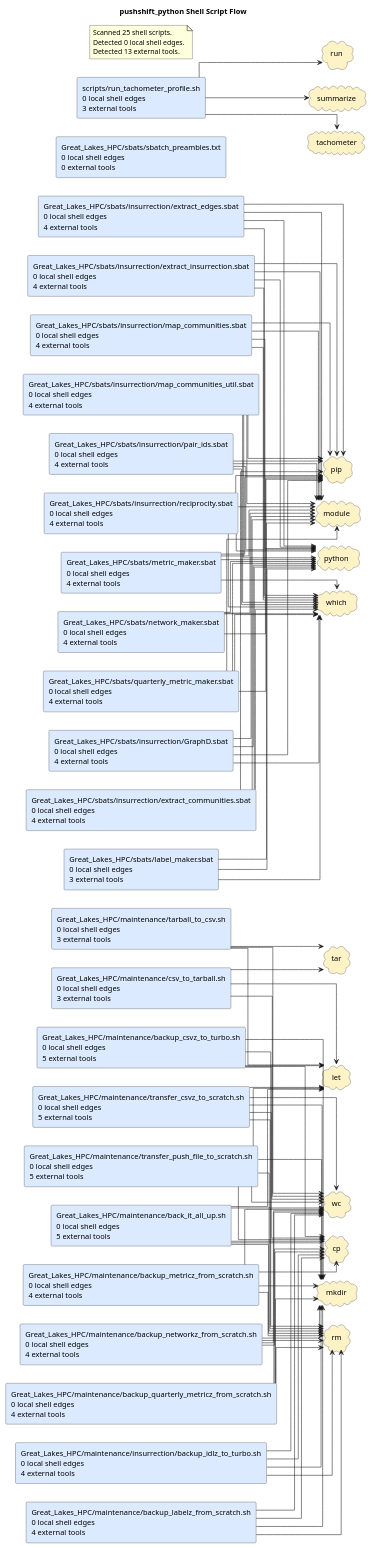
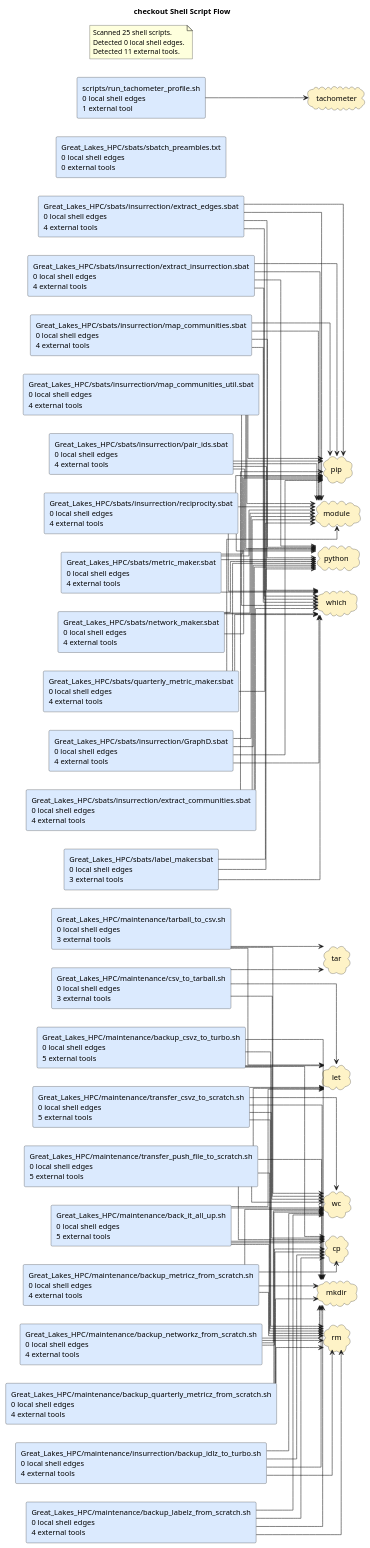
The diagram in docs/diagrams/shell-call-graph.puml (casonk/pushshift_python), drawn with PlantUML before and after one commit. The commit also changed 9 other files, not shown here.

Commit message:
docs: refresh generated architecture diagrams

```diff
--- a/docs/diagrams/shell-call-graph.puml
+++ b/docs/diagrams/shell-call-graph.puml
@@ -1,147 +1,143 @@
 @startuml
-title pushshift_python Shell Script Flow
+title checkout Shell Script Flow
 left to right direction
 skinparam shadowing false
 skinparam defaultFontName Monospace
 skinparam componentStyle rectangle
 skinparam linetype ortho
 rectangle "Great_Lakes_HPC/maintenance/back_it_all_up.sh\n0 local shell edges\n5 external tools" as shell_great_lakes_hpc_maintenance_back_it_all_up_sh #DBEAFE
 rectangle "Great_Lakes_HPC/maintenance/backup_csvz_to_turbo.sh\n0 local shell edges\n5 external tools" as shell_great_lakes_hpc_maintenance_backup_csvz_to_turbo_sh #DBEAFE
 rectangle "Great_Lakes_HPC/maintenance/backup_labelz_from_scratch.sh\n0 local shell edges\n4 external tools" as shell_great_lakes_hpc_maintenance_backup_labelz_from_scratch_sh #DBEAFE
 rectangle "Great_Lakes_HPC/maintenance/backup_metricz_from_scratch.sh\n0 local shell edges\n4 external tools" as shell_great_lakes_hpc_maintenance_backup_metricz_from_scratch_sh #DBEAFE
 rectangle "Great_Lakes_HPC/maintenance/backup_networkz_from_scratch.sh\n0 local shell edges\n4 external tools" as shell_great_lakes_hpc_maintenance_backup_networkz_from_scratch_sh #DBEAFE
 rectangle "Great_Lakes_HPC/maintenance/backup_quarterly_metricz_from_scratch.sh\n0 local shell edges\n4 external tools" as shell_great_lakes_hpc_maintenance_backup_quarterly_metricz_from_scratch_sh #DBEAFE
 rectangle "Great_Lakes_HPC/maintenance/csv_to_tarball.sh\n0 local shell edges\n3 external tools" as shell_great_lakes_hpc_maintenance_csv_to_tarball_sh #DBEAFE
 rectangle "Great_Lakes_HPC/maintenance/insurrection/backup_idlz_to_turbo.sh\n0 local shell edges\n4 external tools" as shell_great_lakes_hpc_maintenance_insurrection_backup_idlz_to_turbo_sh #DBEAFE
 rectangle "Great_Lakes_HPC/maintenance/tarball_to_csv.sh\n0 local shell edges\n3 external tools" as shell_great_lakes_hpc_maintenance_tarball_to_csv_sh #DBEAFE
 rectangle "Great_Lakes_HPC/maintenance/transfer_csvz_to_scratch.sh\n0 local shell edges\n5 external tools" as shell_great_lakes_hpc_maintenance_transfer_csvz_to_scratch_sh #DBEAFE
 rectangle "Great_Lakes_HPC/maintenance/transfer_push_file_to_scratch.sh\n0 local shell edges\n5 external tools" as shell_great_lakes_hpc_maintenance_transfer_push_file_to_scratch_sh #DBEAFE
 rectangle "Great_Lakes_HPC/sbats/insurrection/GraphD.sbat\n0 local shell edges\n4 external tools" as shell_great_lakes_hpc_sbats_insurrection_graphd_sbat #DBEAFE
 rectangle "Great_Lakes_HPC/sbats/insurrection/extract_communities.sbat\n0 local shell edges\n4 external tools" as shell_great_lakes_hpc_sbats_insurrection_extract_communities_sbat #DBEAFE
 rectangle "Great_Lakes_HPC/sbats/insurrection/extract_edges.sbat\n0 local shell edges\n4 external tools" as shell_great_lakes_hpc_sbats_insurrection_extract_edges_sbat #DBEAFE
 rectangle "Great_Lakes_HPC/sbats/insurrection/extract_insurrection.sbat\n0 local shell edges\n4 external tools" as shell_great_lakes_hpc_sbats_insurrection_extract_insurrection_sbat #DBEAFE
 rectangle "Great_Lakes_HPC/sbats/insurrection/map_communities.sbat\n0 local shell edges\n4 external tools" as shell_great_lakes_hpc_sbats_insurrection_map_communities_sbat #DBEAFE
 rectangle "Great_Lakes_HPC/sbats/insurrection/map_communities_util.sbat\n0 local shell edges\n4 external tools" as shell_great_lakes_hpc_sbats_insurrection_map_communities_util_sbat #DBEAFE
 rectangle "Great_Lakes_HPC/sbats/insurrection/pair_ids.sbat\n0 local shell edges\n4 external tools" as shell_great_lakes_hpc_sbats_insurrection_pair_ids_sbat #DBEAFE
 rectangle "Great_Lakes_HPC/sbats/insurrection/reciprocity.sbat\n0 local shell edges\n4 external tools" as shell_great_lakes_hpc_sbats_insurrection_reciprocity_sbat #DBEAFE
 rectangle "Great_Lakes_HPC/sbats/label_maker.sbat\n0 local shell edges\n3 external tools" as shell_great_lakes_hpc_sbats_label_maker_sbat #DBEAFE
 rectangle "Great_Lakes_HPC/sbats/metric_maker.sbat\n0 local shell edges\n4 external tools" as shell_great_lakes_hpc_sbats_metric_maker_sbat #DBEAFE
 rectangle "Great_Lakes_HPC/sbats/network_maker.sbat\n0 local shell edges\n4 external tools" as shell_great_lakes_hpc_sbats_network_maker_sbat #DBEAFE
 rectangle "Great_Lakes_HPC/sbats/quarterly_metric_maker.sbat\n0 local shell edges\n4 external tools" as shell_great_lakes_hpc_sbats_quarterly_metric_maker_sbat #DBEAFE
 rectangle "Great_Lakes_HPC/sbats/sbatch_preambles.txt\n0 local shell edges\n0 external tools" as shell_great_lakes_hpc_sbats_sbatch_preambles_txt #DBEAFE
-rectangle "scripts/run_tachometer_profile.sh\n0 local shell edges\n3 external tools" as shell_scripts_run_tachometer_profile_sh #DBEAFE
+rectangle "scripts/run_tachometer_profile.sh\n0 local shell edges\n1 external tool" as shell_scripts_run_tachometer_profile_sh #DBEAFE
 cloud "cp" as tool_cp #FEF3C7
 cloud "let" as tool_let #FEF3C7
 cloud "mkdir" as tool_mkdir #FEF3C7
 cloud "module" as tool_module #FEF3C7
 cloud "pip" as tool_pip #FEF3C7
 cloud "python" as tool_python #FEF3C7
 cloud "rm" as tool_rm #FEF3C7
-cloud "run" as tool_run #FEF3C7
-cloud "summarize" as tool_summarize #FEF3C7
 cloud "tachometer" as tool_tachometer #FEF3C7
 cloud "tar" as tool_tar #FEF3C7
 cloud "wc" as tool_wc #FEF3C7
 cloud "which" as tool_which #FEF3C7
 shell_great_lakes_hpc_maintenance_back_it_all_up_sh --> tool_cp
 shell_great_lakes_hpc_maintenance_back_it_all_up_sh --> tool_let
 shell_great_lakes_hpc_maintenance_back_it_all_up_sh --> tool_mkdir
 shell_great_lakes_hpc_maintenance_back_it_all_up_sh --> tool_rm
 shell_great_lakes_hpc_maintenance_back_it_all_up_sh --> tool_wc
 shell_great_lakes_hpc_maintenance_backup_csvz_to_turbo_sh --> tool_cp
 shell_great_lakes_hpc_maintenance_backup_csvz_to_turbo_sh --> tool_let
 shell_great_lakes_hpc_maintenance_backup_csvz_to_turbo_sh --> tool_mkdir
 shell_great_lakes_hpc_maintenance_backup_csvz_to_turbo_sh --> tool_rm
 shell_great_lakes_hpc_maintenance_backup_csvz_to_turbo_sh --> tool_wc
 shell_great_lakes_hpc_maintenance_backup_labelz_from_scratch_sh --> tool_cp
 shell_great_lakes_hpc_maintenance_backup_labelz_from_scratch_sh --> tool_mkdir
 shell_great_lakes_hpc_maintenance_backup_labelz_from_scratch_sh --> tool_rm
 shell_great_lakes_hpc_maintenance_backup_labelz_from_scratch_sh --> tool_wc
 shell_great_lakes_hpc_maintenance_backup_metricz_from_scratch_sh --> tool_cp
 shell_great_lakes_hpc_maintenance_backup_metricz_from_scratch_sh --> tool_mkdir
 shell_great_lakes_hpc_maintenance_backup_metricz_from_scratch_sh --> tool_rm
 shell_great_lakes_hpc_maintenance_backup_metricz_from_scratch_sh --> tool_wc
 shell_great_lakes_hpc_maintenance_backup_networkz_from_scratch_sh --> tool_cp
 shell_great_lakes_hpc_maintenance_backup_networkz_from_scratch_sh --> tool_mkdir
 shell_great_lakes_hpc_maintenance_backup_networkz_from_scratch_sh --> tool_rm
 shell_great_lakes_hpc_maintenance_backup_networkz_from_scratch_sh --> tool_wc
 shell_great_lakes_hpc_maintenance_backup_quarterly_metricz_from_scratch_sh --> tool_cp
 shell_great_lakes_hpc_maintenance_backup_quarterly_metricz_from_scratch_sh --> tool_mkdir
 shell_great_lakes_hpc_maintenance_backup_quarterly_metricz_from_scratch_sh --> tool_rm
 shell_great_lakes_hpc_maintenance_backup_quarterly_metricz_from_scratch_sh --> tool_wc
 shell_great_lakes_hpc_maintenance_csv_to_tarball_sh --> tool_let
 shell_great_lakes_hpc_maintenance_csv_to_tarball_sh --> tool_tar
 shell_great_lakes_hpc_maintenance_csv_to_tarball_sh --> tool_wc
 shell_great_lakes_hpc_maintenance_insurrection_backup_idlz_to_turbo_sh --> tool_cp
 shell_great_lakes_hpc_maintenance_insurrection_backup_idlz_to_turbo_sh --> tool_mkdir
 shell_great_lakes_hpc_maintenance_insurrection_backup_idlz_to_turbo_sh --> tool_rm
 shell_great_lakes_hpc_maintenance_insurrection_backup_idlz_to_turbo_sh --> tool_wc
 shell_great_lakes_hpc_maintenance_tarball_to_csv_sh --> tool_let
 shell_great_lakes_hpc_maintenance_tarball_to_csv_sh --> tool_tar
 shell_great_lakes_hpc_maintenance_tarball_to_csv_sh --> tool_wc
 shell_great_lakes_hpc_maintenance_transfer_csvz_to_scratch_sh --> tool_cp
 shell_great_lakes_hpc_maintenance_transfer_csvz_to_scratch_sh --> tool_let
 shell_great_lakes_hpc_maintenance_transfer_csvz_to_scratch_sh --> tool_mkdir
 shell_great_lakes_hpc_maintenance_transfer_csvz_to_scratch_sh --> tool_rm
 shell_great_lakes_hpc_maintenance_transfer_csvz_to_scratch_sh --> tool_wc
 shell_great_lakes_hpc_maintenance_transfer_push_file_to_scratch_sh --> tool_cp
 shell_great_lakes_hpc_maintenance_transfer_push_file_to_scratch_sh --> tool_let
 shell_great_lakes_hpc_maintenance_transfer_push_file_to_scratch_sh --> tool_mkdir
 shell_great_lakes_hpc_maintenance_transfer_push_file_to_scratch_sh --> tool_rm
 shell_great_lakes_hpc_maintenance_transfer_push_file_to_scratch_sh --> tool_wc
 shell_great_lakes_hpc_sbats_insurrection_extract_communities_sbat --> tool_module
 shell_great_lakes_hpc_sbats_insurrection_extract_communities_sbat --> tool_pip
 shell_great_lakes_hpc_sbats_insurrection_extract_communities_sbat --> tool_python
 shell_great_lakes_hpc_sbats_insurrection_extract_communities_sbat --> tool_which
 shell_great_lakes_hpc_sbats_insurrection_extract_edges_sbat --> tool_module
 shell_great_lakes_hpc_sbats_insurrection_extract_edges_sbat --> tool_pip
 shell_great_lakes_hpc_sbats_insurrection_extract_edges_sbat --> tool_python
 shell_great_lakes_hpc_sbats_insurrection_extract_edges_sbat --> tool_which
 shell_great_lakes_hpc_sbats_insurrection_extract_insurrection_sbat --> tool_module
 shell_great_lakes_hpc_sbats_insurrection_extract_insurrection_sbat --> tool_pip
 shell_great_lakes_hpc_sbats_insurrection_extract_insurrection_sbat --> tool_python
 shell_great_lakes_hpc_sbats_insurrection_extract_insurrection_sbat --> tool_which
 shell_great_lakes_hpc_sbats_insurrection_graphd_sbat --> tool_module
 shell_great_lakes_hpc_sbats_insurrection_graphd_sbat --> tool_pip
 shell_great_lakes_hpc_sbats_insurrection_graphd_sbat --> tool_python
 shell_great_lakes_hpc_sbats_insurrection_graphd_sbat --> tool_which
 shell_great_lakes_hpc_sbats_insurrection_map_communities_sbat --> tool_module
 shell_great_lakes_hpc_sbats_insurrection_map_communities_sbat --> tool_pip
 shell_great_lakes_hpc_sbats_insurrection_map_communities_sbat --> tool_python
 shell_great_lakes_hpc_sbats_insurrection_map_communities_sbat --> tool_which
 shell_great_lakes_hpc_sbats_insurrection_map_communities_util_sbat --> tool_module
 shell_great_lakes_hpc_sbats_insurrection_map_communities_util_sbat --> tool_pip
 shell_great_lakes_hpc_sbats_insurrection_map_communities_util_sbat --> tool_python
 shell_great_lakes_hpc_sbats_insurrection_map_communities_util_sbat --> tool_which
 shell_great_lakes_hpc_sbats_insurrection_pair_ids_sbat --> tool_module
 shell_great_lakes_hpc_sbats_insurrection_pair_ids_sbat --> tool_pip
 shell_great_lakes_hpc_sbats_insurrection_pair_ids_sbat --> tool_python
 shell_great_lakes_hpc_sbats_insurrection_pair_ids_sbat --> tool_which
 shell_great_lakes_hpc_sbats_insurrection_reciprocity_sbat --> tool_module
 shell_great_lakes_hpc_sbats_insurrection_reciprocity_sbat --> tool_pip
 shell_great_lakes_hpc_sbats_insurrection_reciprocity_sbat --> tool_python
 shell_great_lakes_hpc_sbats_insurrection_reciprocity_sbat --> tool_which
 shell_great_lakes_hpc_sbats_label_maker_sbat --> tool_module
 shell_great_lakes_hpc_sbats_label_maker_sbat --> tool_python
 shell_great_lakes_hpc_sbats_label_maker_sbat --> tool_which
 shell_great_lakes_hpc_sbats_metric_maker_sbat --> tool_module
 shell_great_lakes_hpc_sbats_metric_maker_sbat --> tool_pip
 shell_great_lakes_hpc_sbats_metric_maker_sbat --> tool_python
 shell_great_lakes_hpc_sbats_metric_maker_sbat --> tool_which
 shell_great_lakes_hpc_sbats_network_maker_sbat --> tool_module
 shell_great_lakes_hpc_sbats_network_maker_sbat --> tool_pip
 shell_great_lakes_hpc_sbats_network_maker_sbat --> tool_python
 shell_great_lakes_hpc_sbats_network_maker_sbat --> tool_which
 shell_great_lakes_hpc_sbats_quarterly_metric_maker_sbat --> tool_module
 shell_great_lakes_hpc_sbats_quarterly_metric_maker_sbat --> tool_pip
 shell_great_lakes_hpc_sbats_quarterly_metric_maker_sbat --> tool_python
 shell_great_lakes_hpc_sbats_quarterly_metric_maker_sbat --> tool_which
-shell_scripts_run_tachometer_profile_sh --> tool_run
-shell_scripts_run_tachometer_profile_sh --> tool_summarize
 shell_scripts_run_tachometer_profile_sh --> tool_tachometer
 note as shellGraphSummary
 Scanned 25 shell scripts.
 Detected 0 local shell edges.
-Detected 13 external tools.
+Detected 11 external tools.
 end note
 @enduml
```
